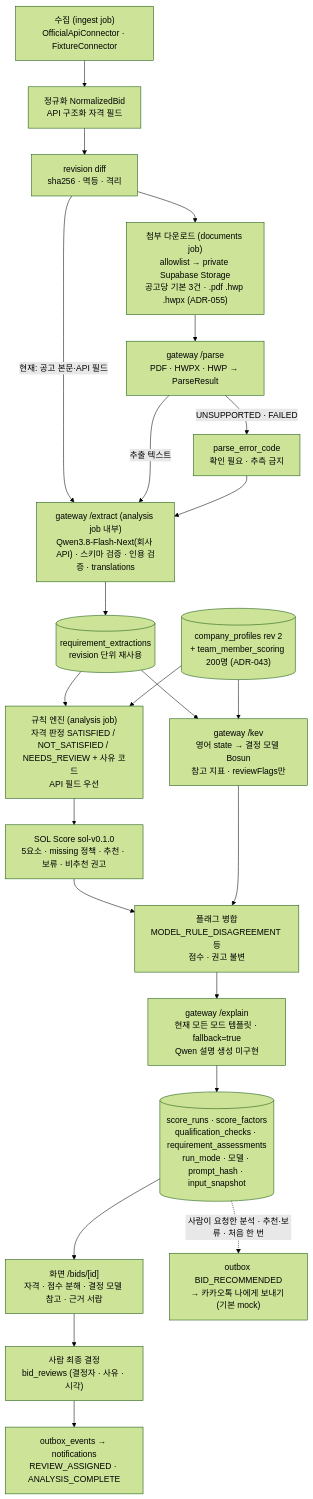
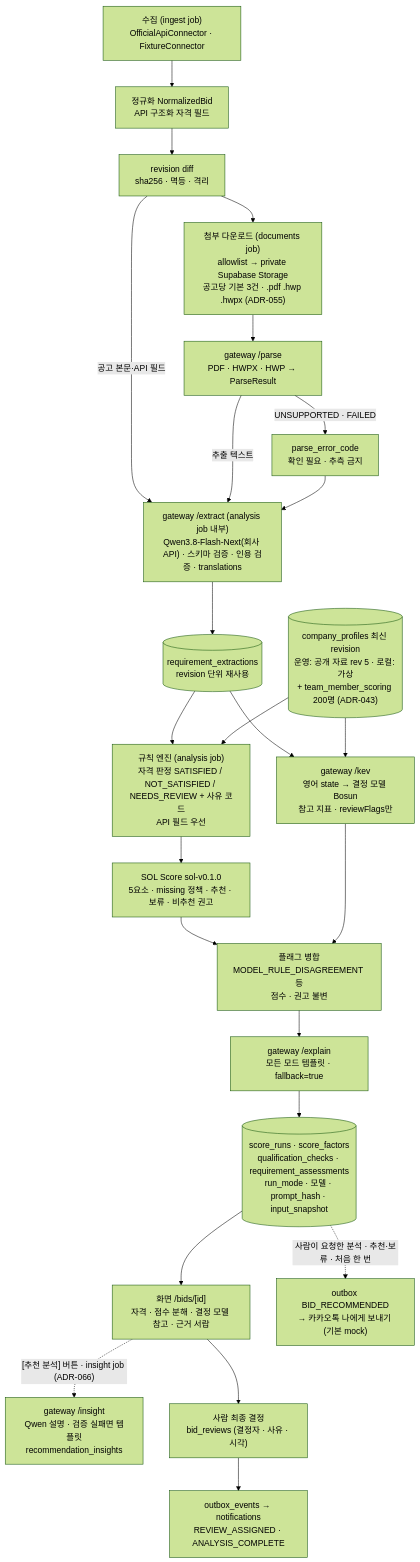
One commit to solideoai/sol-radar changed the third of 3 diagrams in docs/submission/architecture.md. Above: the diagram before and after it, drawn with Mermaid (forest theme). The commit also changed other lines of this file and 13 other files, not shown here.

````diff
--- a/docs/submission/architecture.md
+++ b/docs/submission/architecture.md
@@ -99,25 +99,26 @@
 ```mermaid
 flowchart TD
  A["수집 (ingest job)<br/>OfficialApiConnector · FixtureConnector"] --> N["정규화 NormalizedBid<br/>API 구조화 자격 필드"]
  N --> R1["revision diff<br/>sha256 · 멱등 · 격리"]
  R1 --> D["첨부 다운로드 (documents job)<br/>allowlist → private Supabase Storage<br/>공고당 기본 3건 · .pdf .hwp .hwpx (ADR-055)"]
  D --> P["gateway /parse<br/>PDF · HWPX · HWP → ParseResult"]
  P -->|UNSUPPORTED · FAILED| PE["parse_error_code<br/>확인 필요 · 추측 금지"]
- R1 -->|현재: 공고 본문·API 필드| E["gateway /extract (analysis job 내부)<br/>Qwen3.8-Flash-Next(회사 API) · 스키마 검증 · 인용 검증 · translations"]
+ R1 -->|공고 본문·API 필드| E["gateway /extract (analysis job 내부)<br/>Qwen3.8-Flash-Next(회사 API) · 스키마 검증 · 인용 검증 · translations"]
  P -->|추출 텍스트| E
  PE --> E
  E --> X[("requirement_extractions<br/>revision 단위 재사용")]
  X --> RE["규칙 엔진 (analysis job)<br/>자격 판정 SATISFIED / NOT_SATISFIED / NEEDS_REVIEW + 사유 코드<br/>API 필드 우선"]
- CP[("company_profiles rev 2<br/>+ team_member_scoring 200명 (ADR-043)")] --> RE
+ CP[("company_profiles 최신 revision<br/>운영: 공개 자료 rev 5 · 로컬: 가상<br/>+ team_member_scoring 200명 (ADR-043)")] --> RE
  RE --> S["SOL Score sol-v0.1.0<br/>5요소 · missing 정책 · 추천 · 보류 · 비추천 권고"]
  X --> K["gateway /kev<br/>영어 state → 결정 모델 Bosun<br/>참고 지표 · reviewFlags만"]
  CP --> K
  S --> F["플래그 병합<br/>MODEL_RULE_DISAGREEMENT 등<br/>점수 · 권고 불변"]
  K --> F
- F --> EX["gateway /explain<br/>현재 모든 모드 템플릿 · fallback=true<br/>Qwen 설명 생성 미구현"]
+ F --> EX["gateway /explain<br/>모든 모드 템플릿 · fallback=true"]
  EX --> Z[("score_runs · score_factors<br/>qualification_checks · requirement_assessments<br/>run_mode · 모델 · prompt_hash · input_snapshot")]
  Z --> UI["화면 /bids/[id]<br/>자격 · 점수 분해 · 결정 모델 참고 · 근거 서랍"]
+ UI -. "[추천 분석] 버튼 · insight job (ADR-066)" .-> IN["gateway /insight<br/>Qwen 설명 · 검증 실패면 템플릿<br/>recommendation_insights"]
  UI --> H["사람 최종 결정<br/>bid_reviews (결정자 · 사유 · 시각)"]
  H --> O["outbox_events → notifications<br/>REVIEW_ASSIGNED · ANALYSIS_COMPLETE"]
  Z -. "사람이 요청한 분석 · 추천·보류 · 처음 한 번" .-> KK["outbox BID_RECOMMENDED<br/>→ 카카오톡 나에게 보내기 (기본 mock)"]
 ```
````
